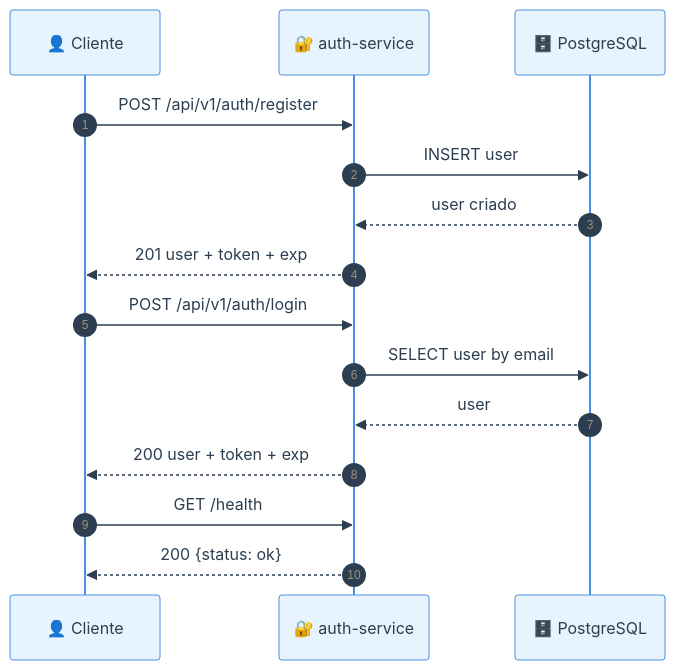
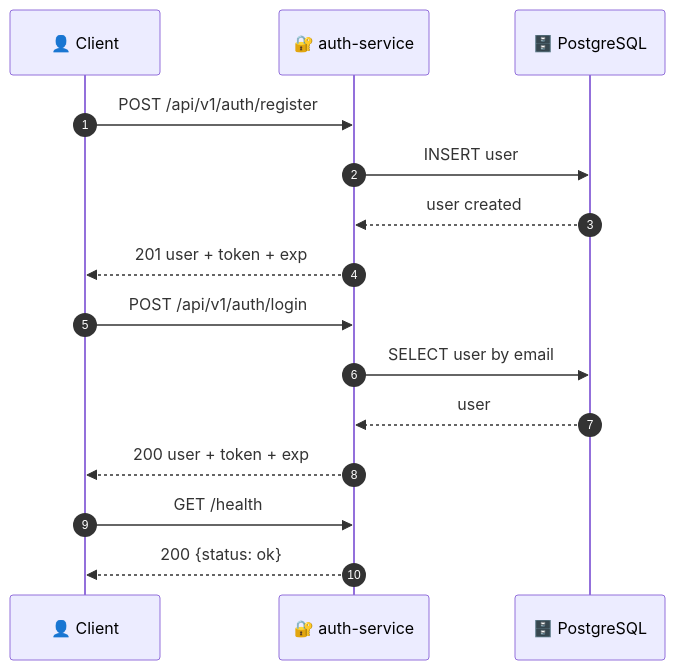
One commit to enogrob/c2s-webscraping-rails changed the second of 8 diagrams in README.md. Above: the diagram before and after it, drawn with Mermaid. The commit also changed other lines of this file and 3 other files, not shown here.

````diff
--- a/README.md
+++ b/README.md
@@ -59,33 +51,20 @@
 ```mermaid
-%%{init: {
-	'theme':'base',
-	'themeVariables': {
-		'primaryColor':'#E8F4FD',
-		'primaryBorderColor':'#4A90E2',
-		'primaryTextColor':'#2C3E50',
-		'secondaryColor':'#F0F8E8',
-		'tertiaryColor':'#FDF2E8',
-		'quaternaryColor':'#F8E8F8',
-		'lineColor':'#5D6D7E',
-		'fontFamily':'Inter,Segoe UI,Arial'
-	}
-}}%%
 sequenceDiagram
 	autonumber
-	participant C as 👤 Cliente
+	participant C as 👤 Client
 	participant A as 🔐 auth-service
 	participant DB as 🗄️ PostgreSQL
 
 	C->>A: POST /api/v1/auth/register
 	A->>DB: INSERT user
-	DB-->>A: user criado
+	DB-->>A: user created
 	A-->>C: 201 user + token + exp
 
 	C->>A: POST /api/v1/auth/login
 	A->>DB: SELECT user by email
 	DB-->>A: user
 	A-->>C: 200 user + token + exp
 
 	C->>A: GET /health
 	A-->>C: 200 {status: ok}
 ```
````
